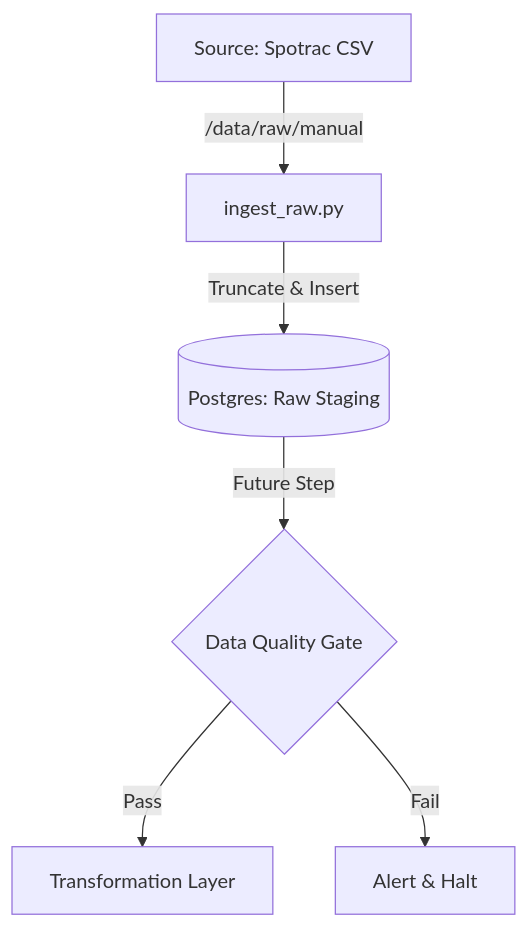
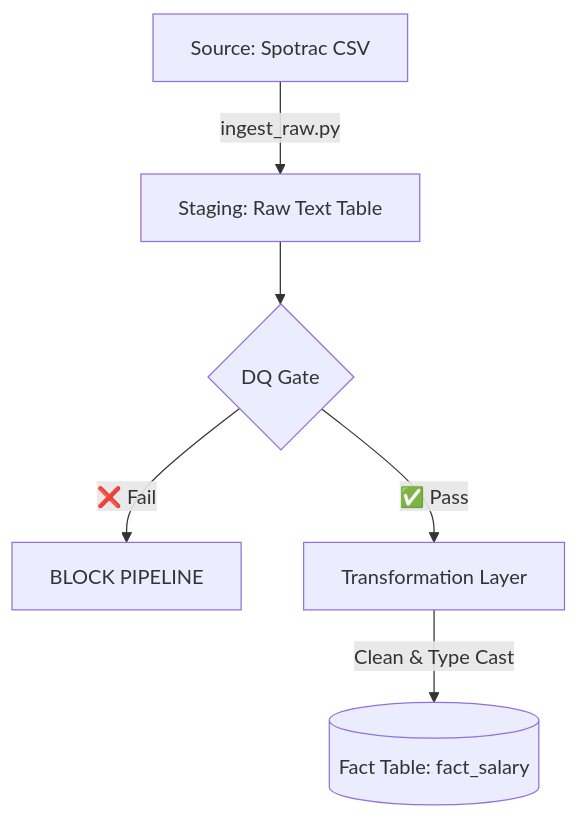
Before and after one commit to sukminc/bluejays-financial-mlops: the first of 2 diagrams in README.md, drawn with Mermaid. The commit also changed other lines of this file, not shown here.

````diff
--- a/README.md
+++ b/README.md
@@ -38,10 +37,9 @@
 ```mermaid
 graph TD
-    A[Source: Spotrac CSV] -->|/data/raw/manual| B[ingest_raw.py]
-    B -->|Truncate & Insert| C[(Postgres: Raw Staging)]
-    
-    C -->|Future Step| D{Data Quality Gate}
-    D -->|Pass| E[Transformation Layer]
-    D -->|Fail| F[Alert & Halt]
+    A[Source: Spotrac CSV] -->|ingest_raw.py| B[Staging: Raw Text Table]
+    B --> C{DQ Gate}
+    C -->|❌ Fail| D[BLOCK PIPELINE]
+    C -->|✅ Pass| E[Transformation Layer]
+    E -->|Clean & Type Cast| F[(Fact Table: fact_salary)]
 
 ```
````
